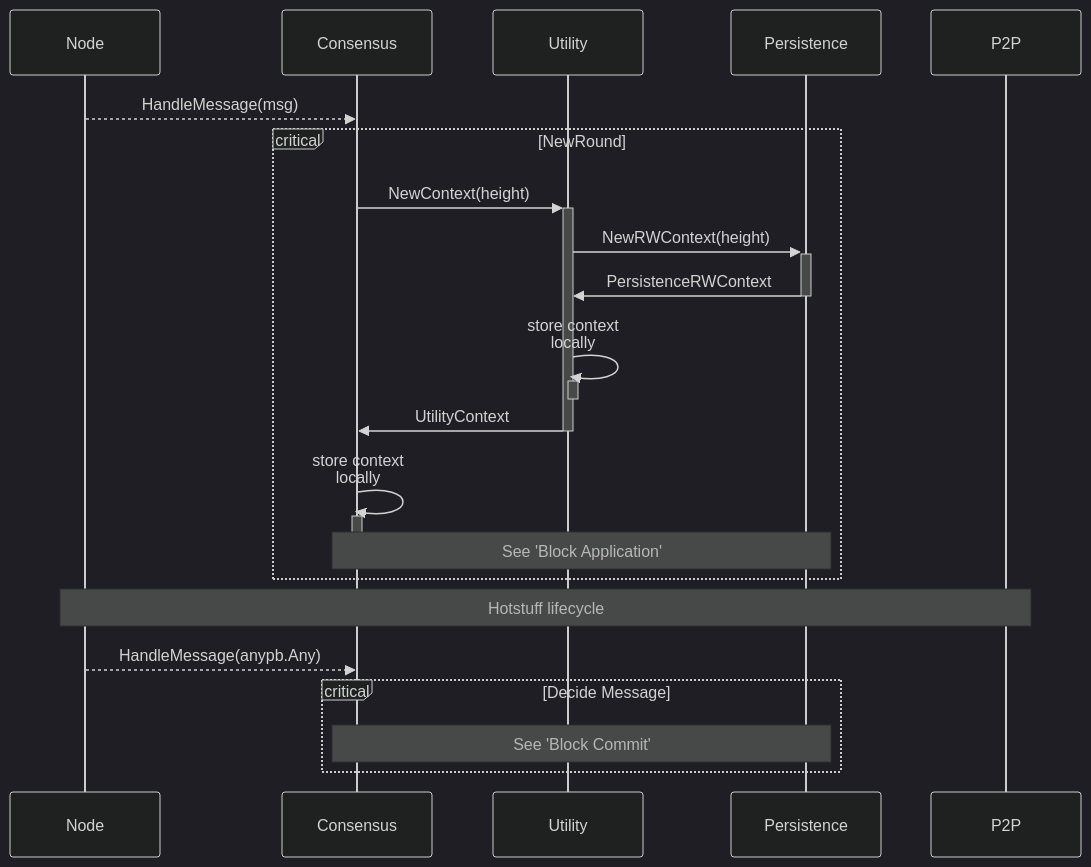
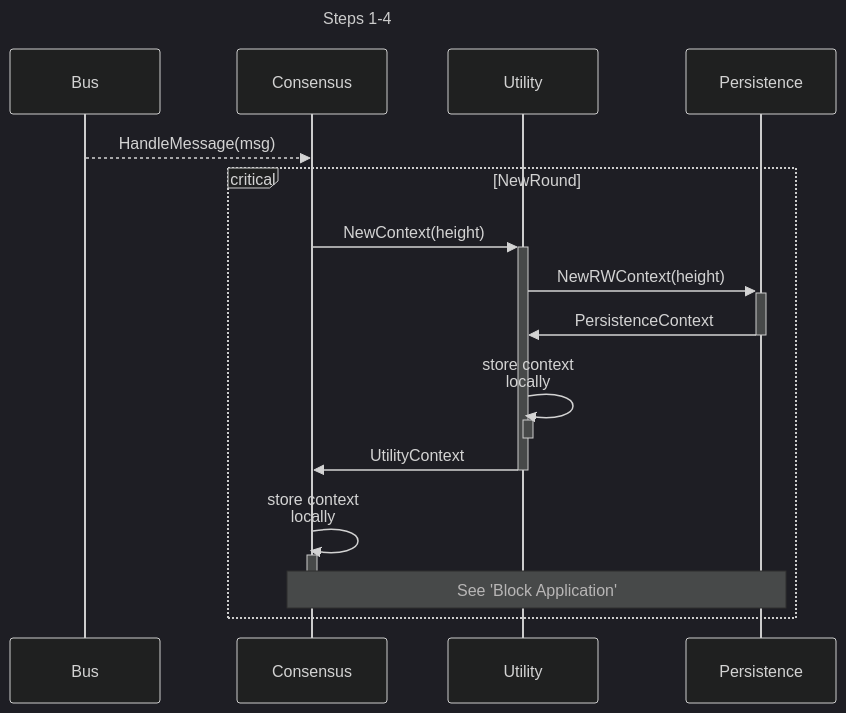
The first of 5 diagrams in shared/docs/PROTOCOL_STATE_HASH.md (pokt-network/pocket), drawn with Mermaid (dark theme) before and after one commit. The commit also changed other lines of this file and 5 other files, not shown here.

````diff
--- a/shared/docs/PROTOCOL_STATE_HASH.md
+++ b/shared/docs/PROTOCOL_STATE_HASH.md
@@ -23,30 +25,28 @@
 ```mermaid
 sequenceDiagram
-    participant N as Node
+    title Steps 1-4
+    participant B as Bus
     participant C as Consensus
     participant U as Utility
     participant P as Persistence
-    participant P2P as P2P
 
-    N-->>C: HandleMessage(msg)
+    %% Handle New Message
+    B-->>C: HandleMessage(msg)
+
     critical NewRound
+        %% Create Contexts
         C->>+U: NewContext(height)
         U->>+P: NewRWContext(height)
-        P->>-U: PersistenceRWContext
+        P->>-U: PersistenceContext
         U->>U: store context<br>locally
         activate U
         deactivate U
         U->>-C: UtilityContext
         C->>C: store context<br>locally
         activate C
         deactivate C
+
+        %% Apply Block
         Note over C, P: See 'Block Application'
     end
-
-    Note over N, P2P: Hotstuff lifecycle
-    N-->>C: HandleMessage(anypb.Any)
-
-    critical Decide Message
-        Note over C, P: See 'Block Commit'
-    end
 ```
````
